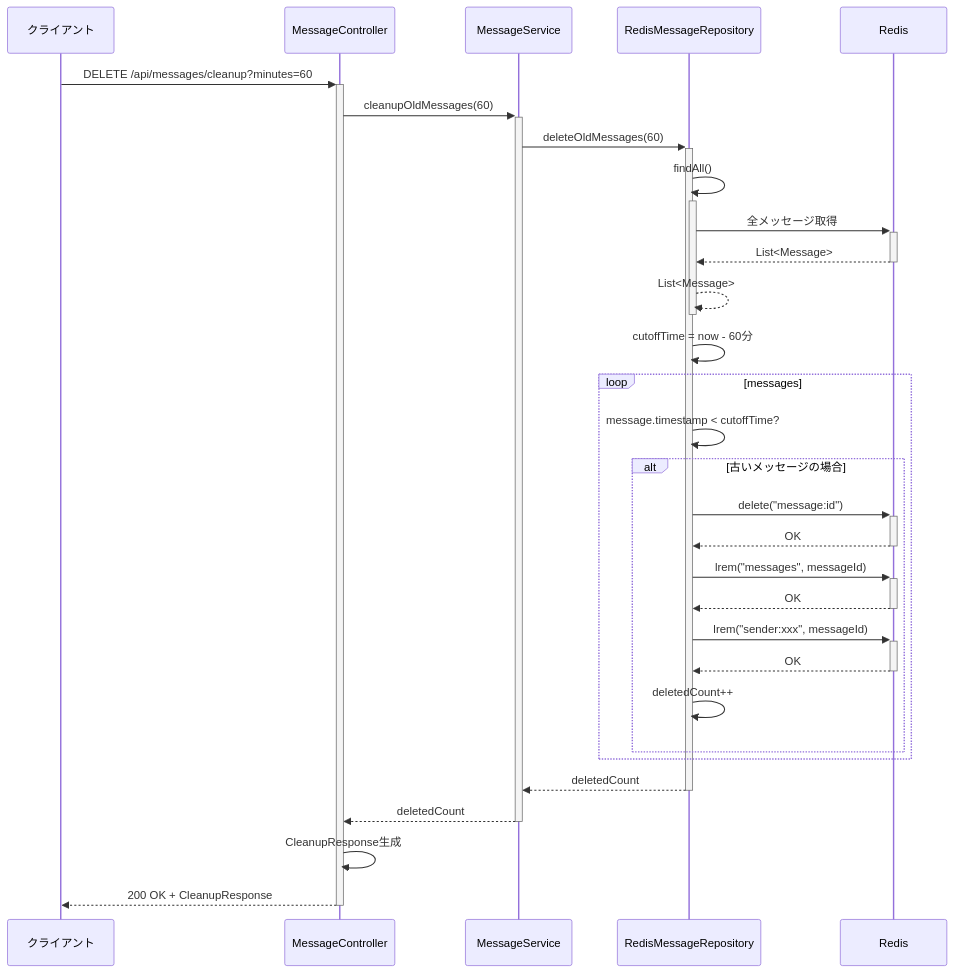
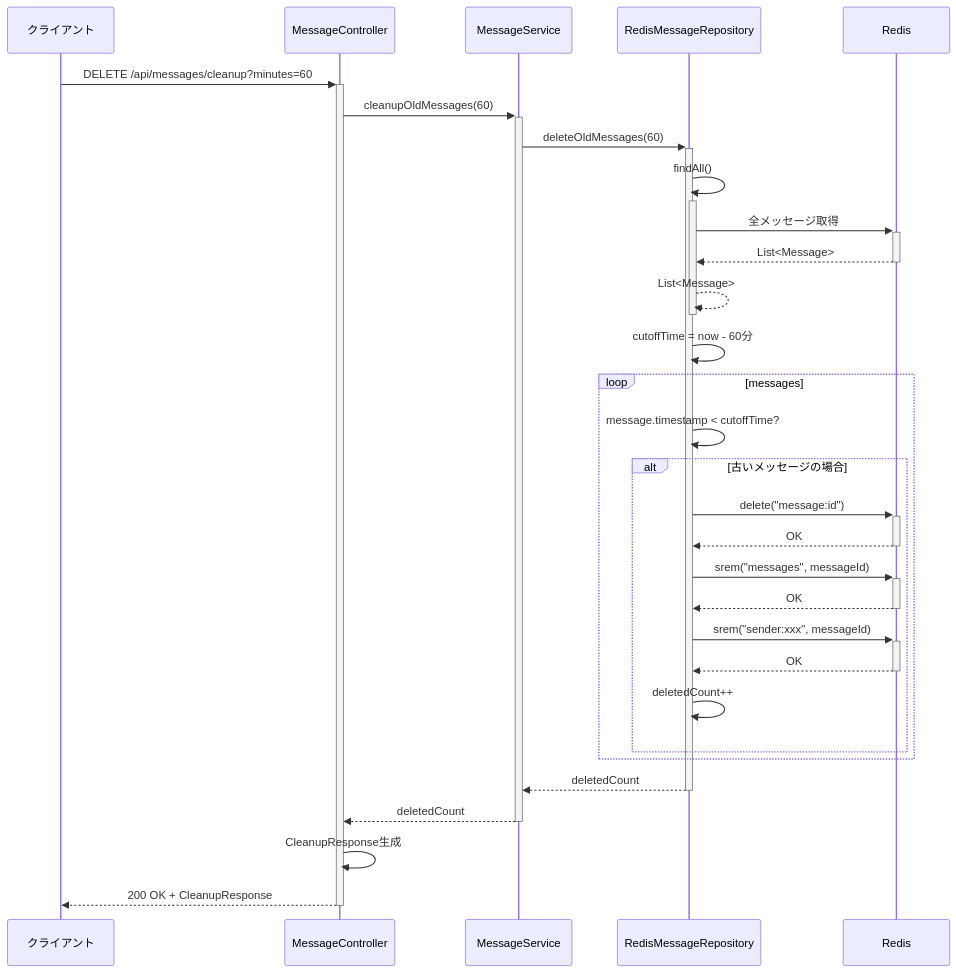
The fourth of 6 diagrams in docs/sequence-diagrams.md (toshiakisan1127/kafka-redis-playground), drawn with Mermaid before and after one commit. The commit also changed other lines of this file, not shown here.

Commit message:
docs: Update sequence-diagrams.md to reflect Docker-first approach and current architecture

````diff
--- a/docs/sequence-diagrams.md
+++ b/docs/sequence-diagrams.md
@@ -120,37 +113,37 @@
 ```mermaid
 sequenceDiagram
     participant Client as クライアント
     participant Controller as MessageController
     participant Service as MessageService
     participant Repository as RedisMessageRepository
     participant Redis as Redis
 
     Client->>+Controller: DELETE /api/messages/cleanup?minutes=60
     Controller->>+Service: cleanupOldMessages(60)
     Service->>+Repository: deleteOldMessages(60)
     
     Repository->>+Repository: findAll()
     Repository->>+Redis: 全メッセージ取得
     Redis-->>-Repository: List<Message>
     Repository-->>-Repository: List<Message>
     
     Repository->>Repository: cutoffTime = now - 60分
     
     loop messages
         Repository->>Repository: message.timestamp < cutoffTime?
         alt 古いメッセージの場合
             Repository->>+Redis: delete("message:id")
             Redis-->>-Repository: OK
-            Repository->>+Redis: lrem("messages", messageId)
+            Repository->>+Redis: srem("messages", messageId)
             Redis-->>-Repository: OK
-            Repository->>+Redis: lrem("sender:xxx", messageId)
+            Repository->>+Redis: srem("sender:xxx", messageId)
             Redis-->>-Repository: OK
             Repository->>Repository: deletedCount++
         end
     end
     
     Repository-->>-Service: deletedCount
     Service-->>-Controller: deletedCount
     Controller->>Controller: CleanupResponse生成
     Controller-->>-Client: 200 OK + CleanupResponse
 ```
````
